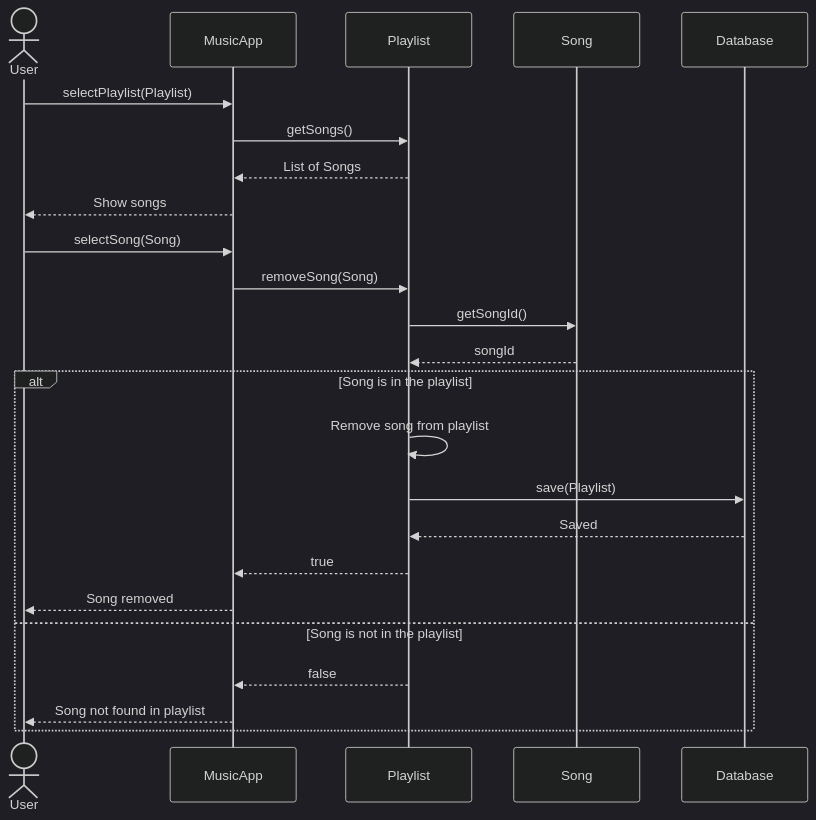
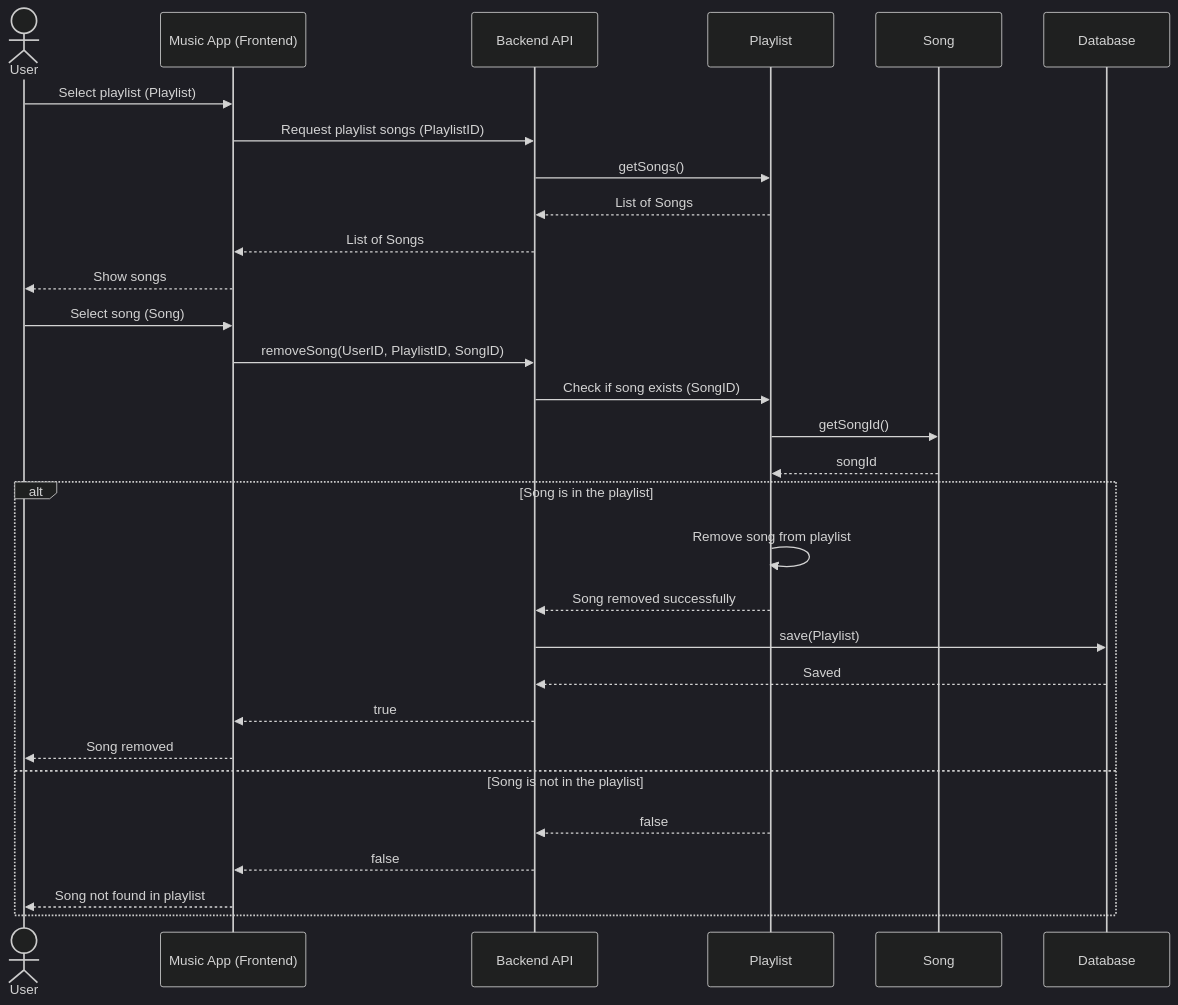
The diagram in removeSong.mmd (jabaliozoof-hub/Music_platform), drawn with Mermaid (dark theme) before and after one commit.

Commit message:
Update removeSong sequence diagram for backend integration

```diff
--- a/removeSong.mmd
+++ b/removeSong.mmd
@@ -1,26 +1,36 @@
 sequenceDiagram
+
     actor User
-    participant App as MusicApp
+
+    participant App as Music App (Frontend)
+    participant Backend as Backend API
     participant Playlist
     participant Song
     participant Database
 
-    User->>App: selectPlaylist(Playlist)
-    App->>Playlist: getSongs()
-    Playlist-->>App: List of Songs
+    User->>App: Select playlist (Playlist)
+    App->>Backend: Request playlist songs (PlaylistID)
+    Backend->>Playlist: getSongs()
+    Playlist-->>Backend: List of Songs
+    Backend-->>App: List of Songs
     App-->>User: Show songs
-    User->>App: selectSong(Song)
-    App->>Playlist: removeSong(Song)
+    User->>App: Select song (Song)
+    App->>Backend: removeSong(UserID, PlaylistID, SongID)
+    Backend->>Playlist: Check if song exists (SongID)
     Playlist->>Song: getSongId()
     Song-->>Playlist: songId
 
     alt Song is in the playlist
         Playlist->>Playlist: Remove song from playlist
-        Playlist->>Database: save(Playlist)
-        Database-->>Playlist: Saved
-        Playlist-->>App: true
+        Playlist-->>Backend: Song removed successfully
+        Backend->>Database: save(Playlist)
+        Database-->>Backend: Saved
+        Backend-->>App: true
         App-->>User: Song removed
+
     else Song is not in the playlist
-        Playlist-->>App: false
+        Playlist-->>Backend: false
+        Backend-->>App: false
         App-->>User: Song not found in playlist
+
     end
```
